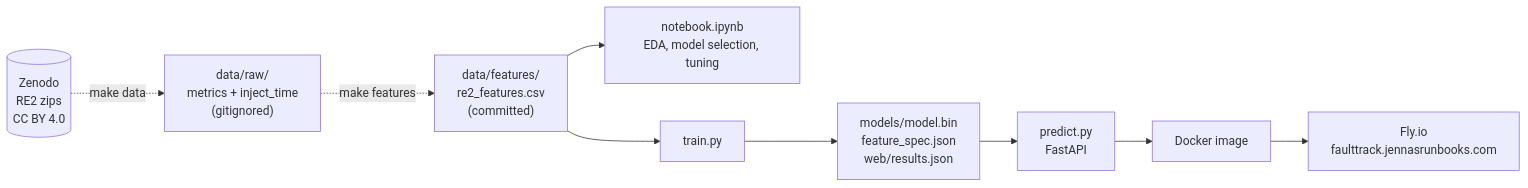
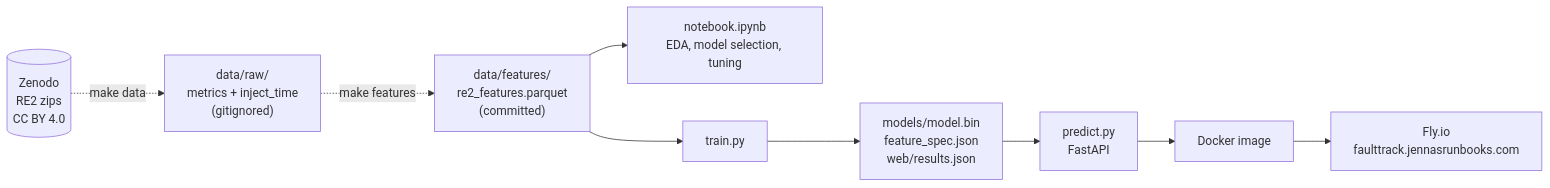
One commit to jennasrunbooks/faulttrack changed the first of 2 diagrams in product-spec.md. Above: the diagram before and after it, drawn with Mermaid. The commit also changed other lines of this file and 6 other files, not shown here.

````diff
--- a/product-spec.md
+++ b/product-spec.md
@@ -204,11 +223,11 @@
 ```mermaid
 flowchart LR
     Z[("Zenodo<br/>RE2 zips<br/>CC BY 4.0")] -.->|make data| R["data/raw/<br/>metrics + inject_time<br/>(gitignored)"]
-    R -.->|make features| F["data/features/<br/>re2_features.csv<br/>(committed)"]
+    R -.->|make features| F["data/features/<br/>re2_features.parquet<br/>(committed)"]
     F --> N["notebook.ipynb<br/>EDA, model selection, tuning"]
     F --> T["train.py"]
     T --> M["models/model.bin<br/>feature_spec.json<br/>web/results.json"]
     M --> P["predict.py<br/>FastAPI"]
     P --> D["Docker image"]
     D --> FLY["Fly.io<br/>faulttrack.jennasrunbooks.com"]
 ```
````
